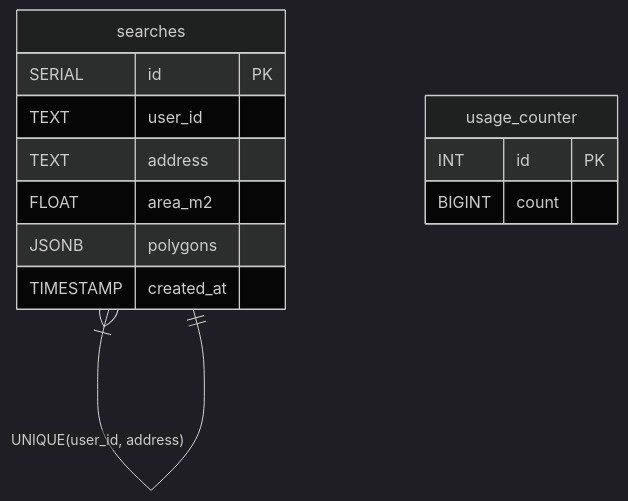
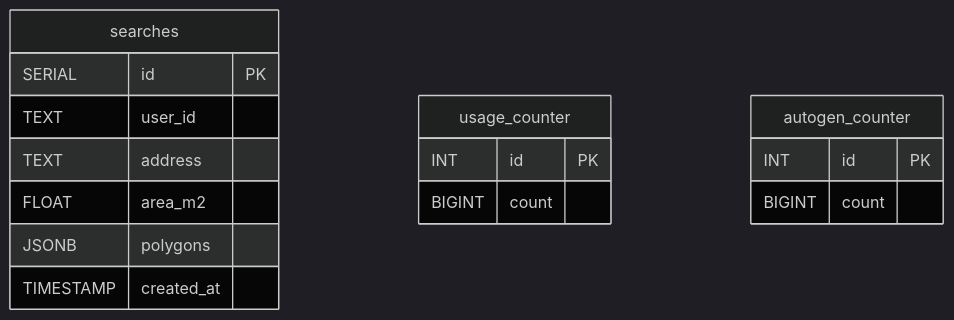
Before and after one commit to H3AR7B3A7/DakOppervlakte: the second of 3 diagrams in docs/architecture.md, drawn with Mermaid (dark theme). The commit also changed other lines of this file and 19 other files, not shown here.

````diff
--- a/docs/architecture.md
+++ b/docs/architecture.md
@@ -144,18 +161,21 @@
 ```mermaid
 erDiagram
     searches {
         SERIAL id PK
         TEXT user_id
         TEXT address
         FLOAT area_m2
         JSONB polygons
         TIMESTAMP created_at
     }
 
     usage_counter {
         INT id PK
         BIGINT count
     }
 
-    searches }|--|| searches : "UNIQUE(user_id, address)"
+    autogen_counter {
+        INT id PK
+        BIGINT count
+    }
 ```
````
